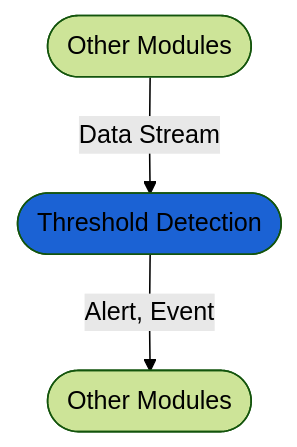
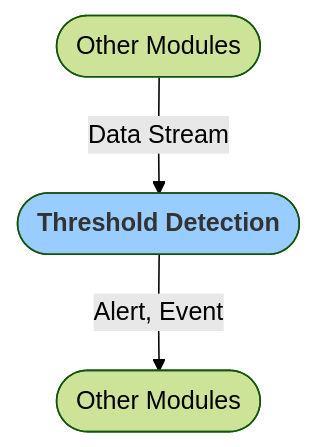
One commit to grillo/grillo-docs changed the diagram in docs/grillo-console/modules/technical_computing/thresh_detection.md. Above: the diagram before and after it, drawn with Mermaid (forest theme). The commit also changed 38 other files, not shown here.

````diff
--- a/docs/grillo-console/modules/technical_computing/thresh_detection.md
+++ b/docs/grillo-console/modules/technical_computing/thresh_detection.md
@@ -11,5 +11,5 @@
 ```mermaid
 flowchart TB
-   B([Other Modules])-->|Data Stream| Cp([Threshold Detection]) -->|Alert, Event| D([Other Modules])
-   style Cp fill:#1b62d4
+   B([Other Modules])-->|Data Stream| Cp([<font color=333333><b>Threshold Detection</b>]) -->|Alert, Event| D([Other Modules])
+   style Cp fill:#99CCFF
 ```
````
